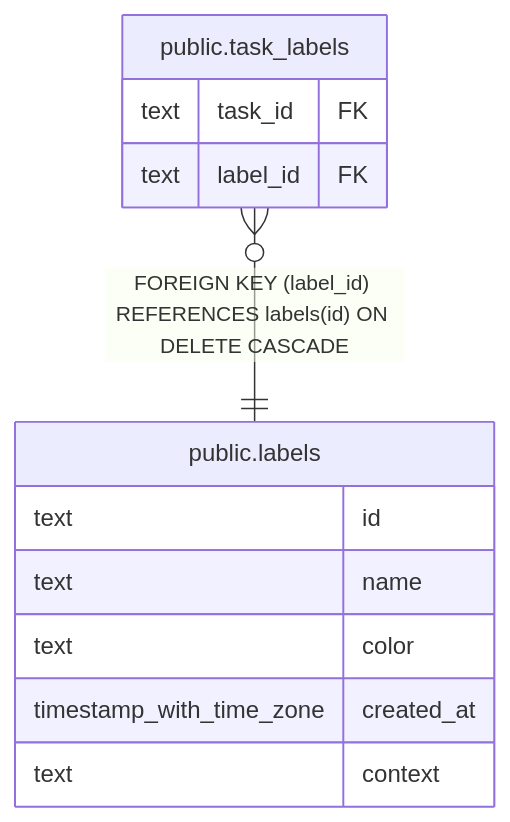
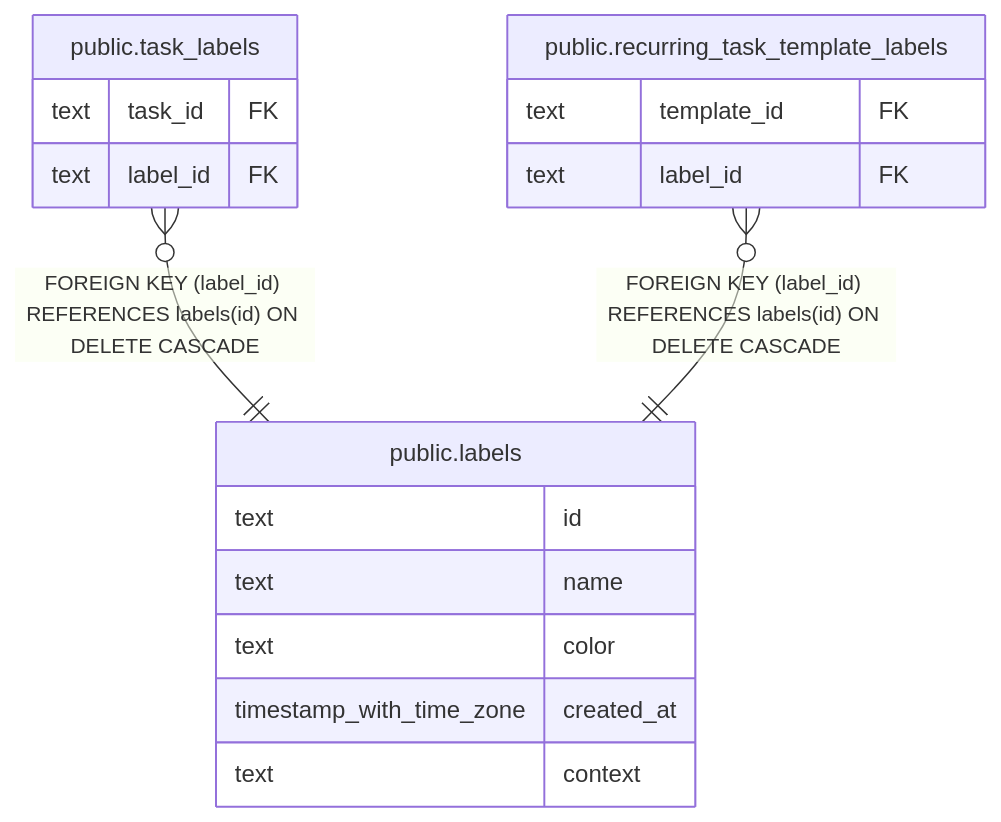
One commit to fohte/tq changed the diagram in docs/db/public.labels.md. Above: the diagram before and after it, drawn with Mermaid. The commit also changed other lines of this file and 21 other files, not shown here.

Commit message:
api: add recurring task template definitions and CRUD APIs (#656)

````diff
--- a/docs/db/public.labels.md
+++ b/docs/db/public.labels.md
@@ -30,17 +30,22 @@
 ```mermaid
 erDiagram
 
 "public.task_labels" }o--|| "public.labels" : "FOREIGN KEY (label_id) REFERENCES labels(id) ON DELETE CASCADE"
+"public.recurring_task_template_labels" }o--|| "public.labels" : "FOREIGN KEY (label_id) REFERENCES labels(id) ON DELETE CASCADE"
 
 "public.labels" {
   text id
   text name
   text color
   timestamp_with_time_zone created_at
   text context
 }
 "public.task_labels" {
   text task_id FK
   text label_id FK
 }
+"public.recurring_task_template_labels" {
+  text template_id FK
+  text label_id FK
+}
 ```
````
